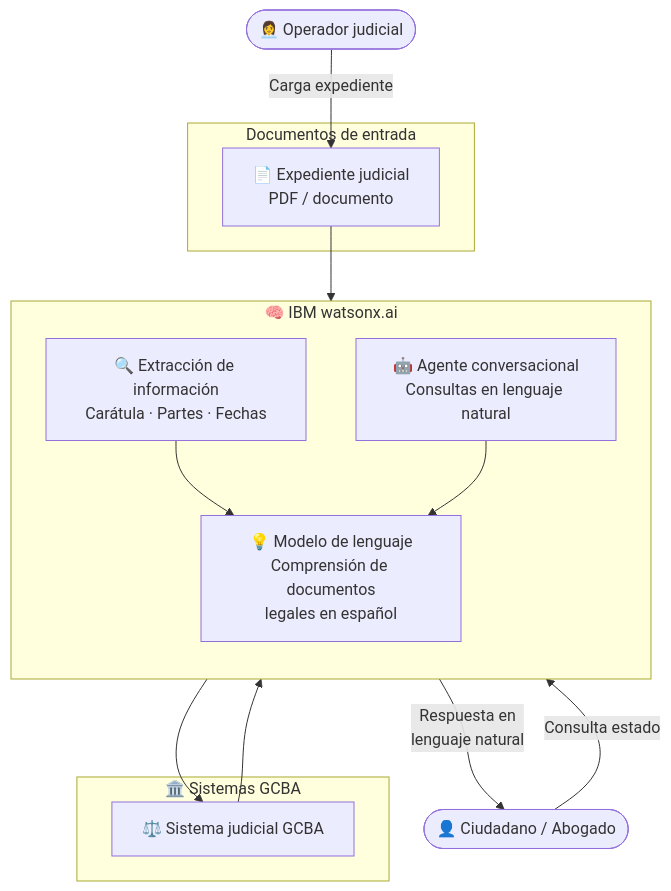
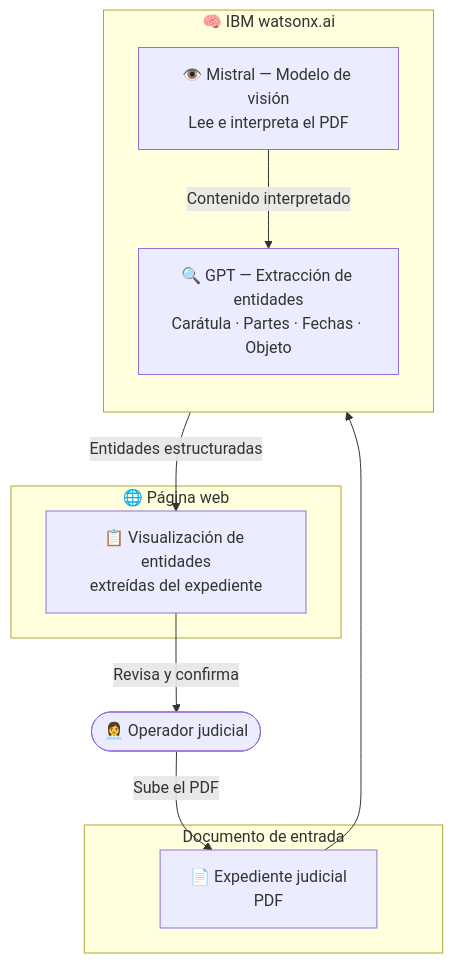
One commit to ignacio-ibm00/ibm-ce-latam changed the diagram in docs/pilotos/gcba-tribunales/index.md. Above: the diagram before and after it, drawn with Mermaid. The commit also changed other lines of this file and 1 other file, not shown here.

Commit message:
docs(gcba-tribunales): corrige arquitectura real — Mistral visión + GPT entidades + página web

````diff
--- a/docs/pilotos/gcba-tribunales/index.md
+++ b/docs/pilotos/gcba-tribunales/index.md
@@ -51,29 +52,24 @@
 ```mermaid
 flowchart TD
-    USER([👤 Ciudadano / Abogado])
     OPERADOR([👩‍💼 Operador judicial])
 
-    subgraph ENTRADA ["Documentos de entrada"]
-        EXP["📄 Expediente judicial\nPDF / documento"]
+    subgraph ENTRADA ["Documento de entrada"]
+        EXP["📄 Expediente judicial\nPDF"]
     end
 
     subgraph IBM_AI ["🧠 IBM watsonx.ai"]
         direction TB
-        EXTRACT["🔍 Extracción de información\nCarátula · Partes · Fechas"]
-        AGENT["🤖 Agente conversacional\nConsultas en lenguaje natural"]
-        LLM["💡 Modelo de lenguaje\nComprensión de documentos\nlegales en español"]
+        MISTRAL["👁️ Mistral — Modelo de visión\nLee e interpreta el PDF"]
+        GPT["🔍 GPT — Extracción de entidades\nCarátula · Partes · Fechas · Objeto"]
     end
 
-    subgraph GCBA_SISTEMAS ["🏛️ Sistemas GCBA"]
-        JUDICIAL["⚖️ Sistema judicial GCBA"]
+    subgraph WEB ["🌐 Página web"]
+        UI["📋 Visualización de entidades\nextreídas del expediente"]
     end
 
-    OPERADOR -->|"Carga expediente"| EXP
-    USER -->|"Consulta estado"| AGENT
-    EXP --> EXTRACT
-    EXTRACT --> LLM
-    LLM --> JUDICIAL
-    AGENT --> LLM
-    JUDICIAL --> AGENT
-    AGENT -->|"Respuesta en\nlenguaje natural"| USER
+    OPERADOR -->|"Sube el PDF"| EXP
+    EXP --> MISTRAL
+    MISTRAL -->|"Contenido interpretado"| GPT
+    GPT -->|"Entidades estructuradas"| UI
+    UI -->|"Revisa y confirma"| OPERADOR
 ```
````
